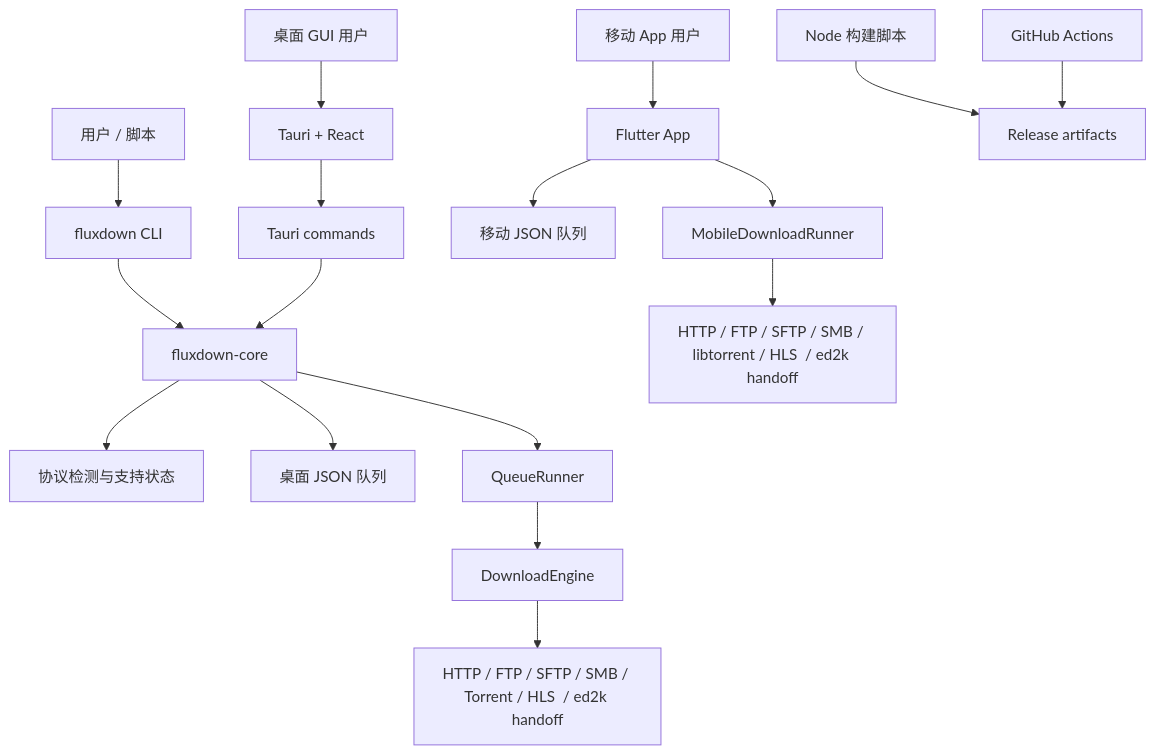
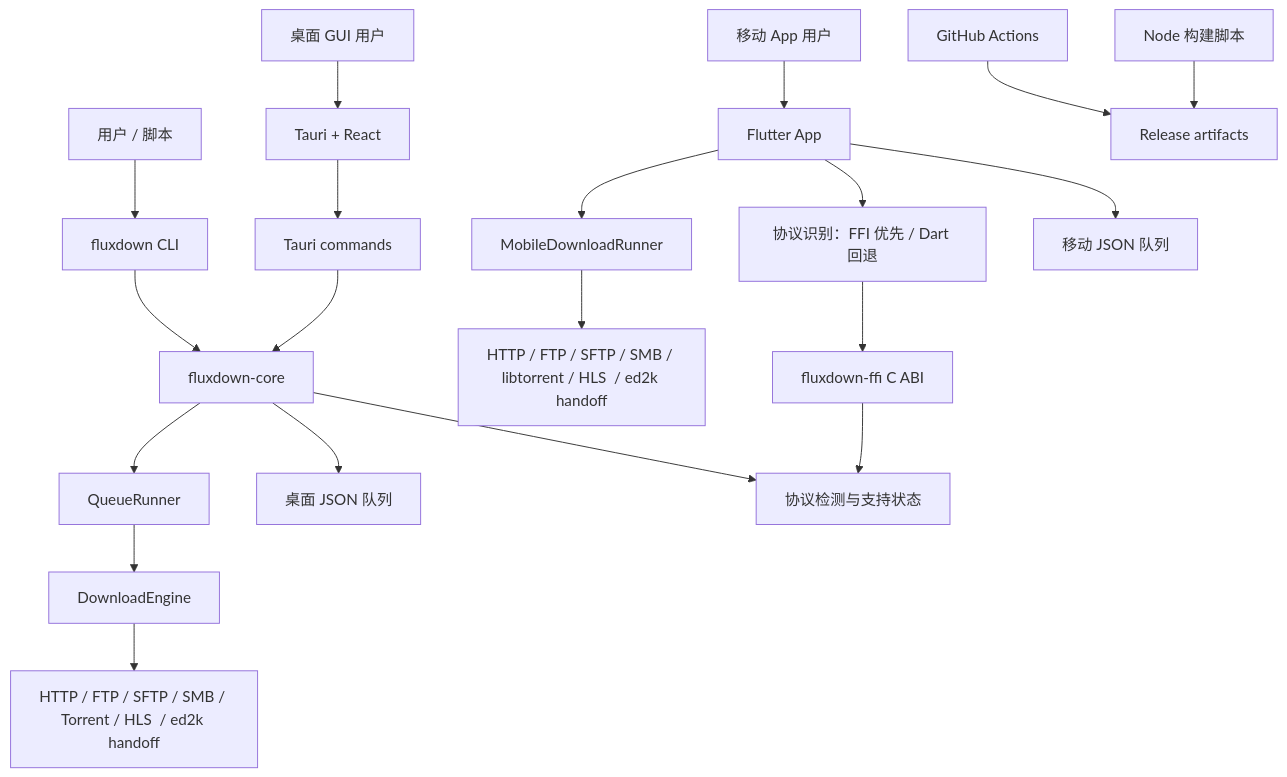
One commit to lonnnnnng/fluxdown changed the first of 3 diagrams in docs/architecture.md. Above: the diagram before and after it, drawn with Mermaid. The commit also changed other lines of this file and 37 other files, not shown here.

````diff
--- a/docs/architecture.md
+++ b/docs/architecture.md
@@ -13,23 +13,26 @@
 ```mermaid
 flowchart TD
     UserCLI["用户 / 脚本"] --> CLI["fluxdown CLI"]
     UserDesktop["桌面 GUI 用户"] --> Desktop["Tauri + React"]
     UserMobile["移动 App 用户"] --> Mobile["Flutter App"]
 
     CLI --> Core["fluxdown-core"]
     Desktop --> TauriCommands["Tauri commands"]
     TauriCommands --> Core
 
     Core --> Protocol["协议检测与支持状态"]
     Core --> Store["桌面 JSON 队列"]
     Core --> Runner["QueueRunner"]
     Runner --> Engine["DownloadEngine"]
     Engine --> DesktopBackends["HTTP / FTP / SFTP / SMB / Torrent / HLS  / ed2k handoff"]
 
     Mobile --> MobileStore["移动 JSON 队列"]
+    Mobile --> Detection["协议识别：FFI 优先 / Dart 回退"]
+    Detection --> FFI["fluxdown-ffi C ABI"]
+    FFI --> Protocol
     Mobile --> MobileRunner["MobileDownloadRunner"]
     MobileRunner --> MobileBackends["HTTP / FTP / SFTP / SMB / libtorrent / HLS  / ed2k handoff"]
 
     Scripts["Node 构建脚本"] --> Artifacts["Release artifacts"]
     CI["GitHub Actions"] --> Artifacts
 ```
````
